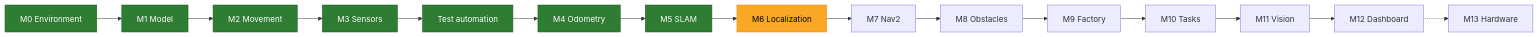
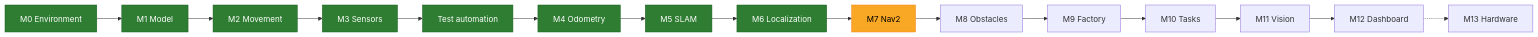
One commit to Nikhil-Jangid/smart-factory-amr changed the first of 3 diagrams in README.md. Above: the diagram before and after it, drawn with Mermaid. The commit also changed other lines of this file and 57 other files, not shown here.

````diff
--- a/README.md
+++ b/README.md
@@ -56,10 +56,10 @@
 ```mermaid
 flowchart LR
   M0[M0 Environment] --> M1[M1 Model] --> M2[M2 Movement] --> M3[M3 Sensors] --> TA[Test automation] --> M4[M4 Odometry]
   M4 --> M5[M5 SLAM] --> M6[M6 Localization] --> M7[M7 Nav2] --> M8[M8 Obstacles] --> M9[M9 Factory] --> M10[M10 Tasks]
   M10 --> M11[M11 Vision] --> M12[M12 Dashboard] -.-> M13[M13 Hardware]
   classDef done fill:#2e7d32,color:#fff,stroke:#1b5e20;
   classDef next fill:#f9a825,color:#000,stroke:#f57f17;
-  class M0,M1,M2,M3,TA,M4,M5 done;
-  class M6 next;
+  class M0,M1,M2,M3,TA,M4,M5,M6 done;
+  class M7 next;
 ```
````
